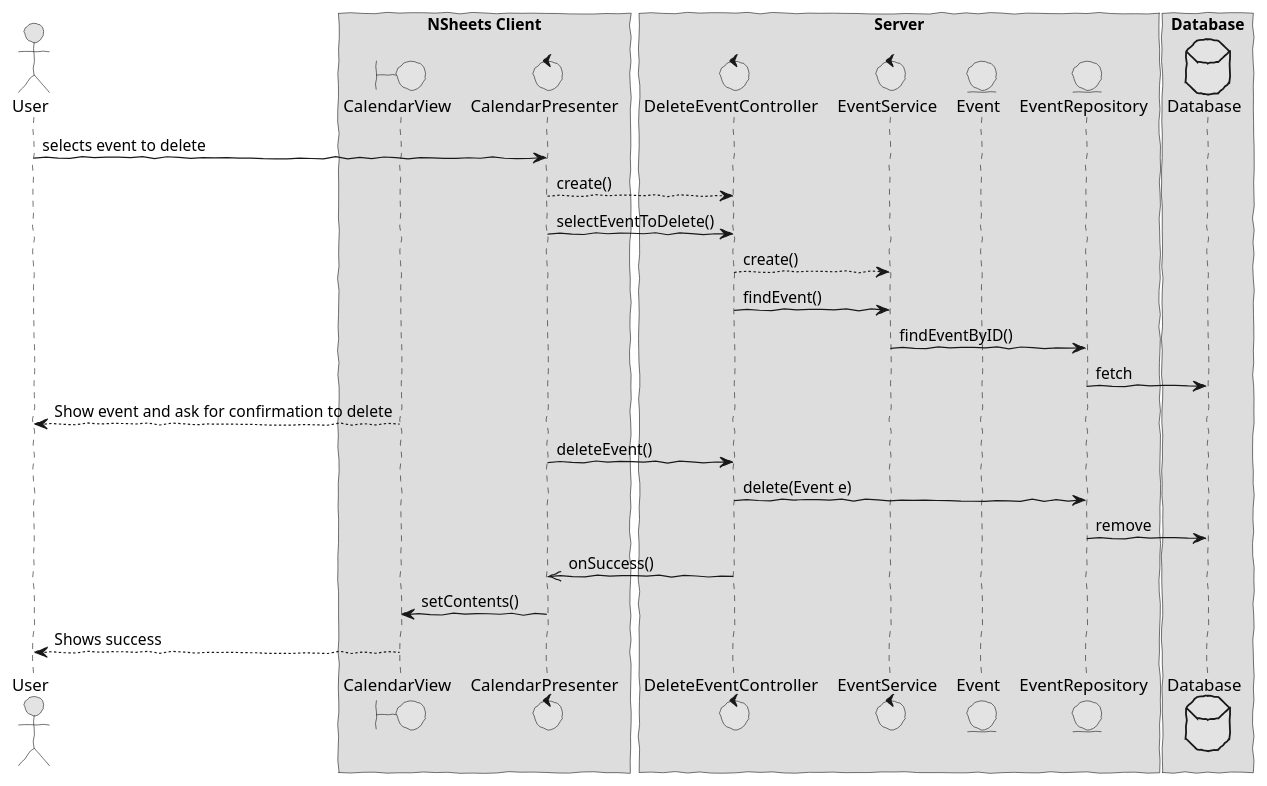
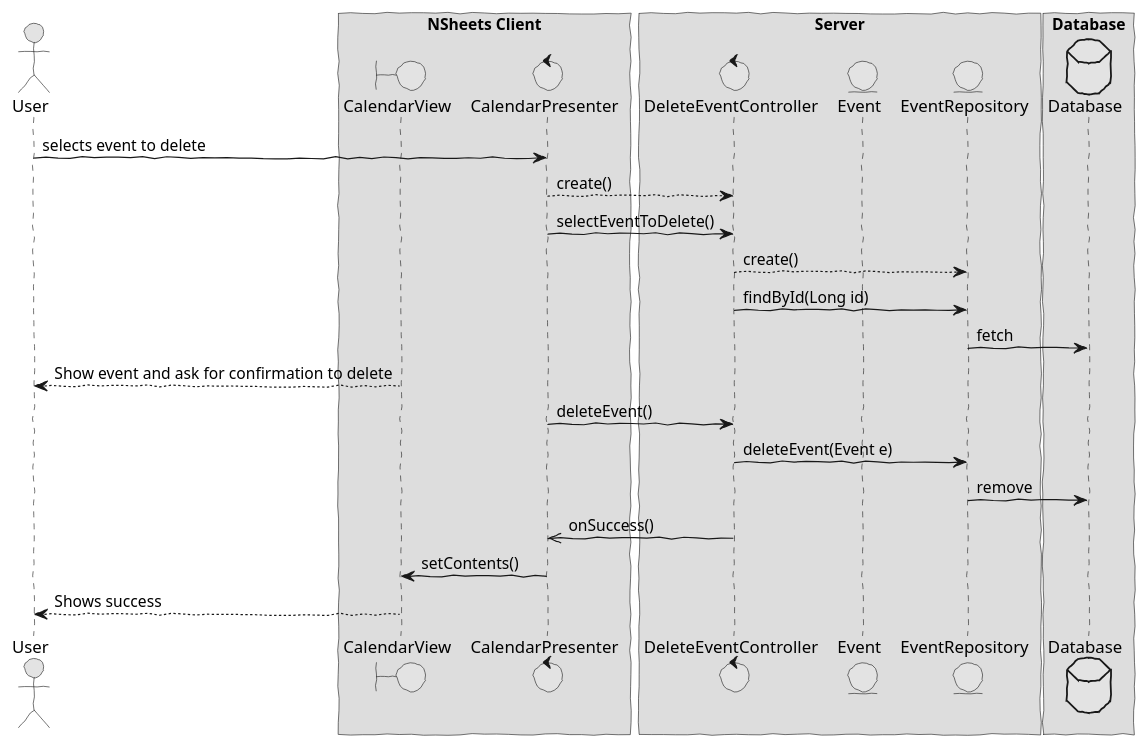
The diagram in docs/red/s1161213/sp1/design3.puml (HugoFernandes2343/LAPR4_2017-2018), drawn with PlantUML before and after one commit. The commit also changed 14 other files, not shown here.

```diff
--- a/docs/red/s1161213/sp1/design3.puml
+++ b/docs/red/s1161213/sp1/design3.puml
@@ -1,48 +1,45 @@
-@startuml  design1.png
+@startuml  design3.png
 skinparam handwritten true
 skinparam monochrome true
 skinparam packageStyle rect
 skinparam defaultFontName FG Virgil
 skinparam shadowing false
 
 actor User
 boundary CalendarView
 control CalendarPresenter
 control DeleteEventController
-control EventService
 entity EventRepository
 entity Event
 database Database
 
 box "NSheets Client"
 participant CalendarView
 participant CalendarPresenter
 end box
 
 box "Server"
 participant DeleteEventController
-participant EventService
 participant Event
 participant EventRepository
 end box
 
 box "Database"
 participant Database
 end box
 
 User -> CalendarPresenter : selects event to delete
 CalendarPresenter --> DeleteEventController : create()
 CalendarPresenter -> DeleteEventController : selectEventToDelete()
-DeleteEventController --> EventService : create()
-DeleteEventController -> EventService : findEvent()
-EventService -> EventRepository : findEventByID()
+DeleteEventController --> EventRepository : create()
+DeleteEventController -> EventRepository : findById(Long id)
 EventRepository  -> Database : fetch
 CalendarView --> User : Show event and ask for confirmation to delete
 CalendarPresenter -> DeleteEventController : deleteEvent()
-DeleteEventController -> EventRepository : delete(Event e)
+DeleteEventController -> EventRepository : deleteEvent(Event e)
 EventRepository  -> Database : remove
 DeleteEventController ->> CalendarPresenter : onSuccess()
 CalendarPresenter -> CalendarView : setContents()
 CalendarView --> User: Shows success
 
 @enduml
```
